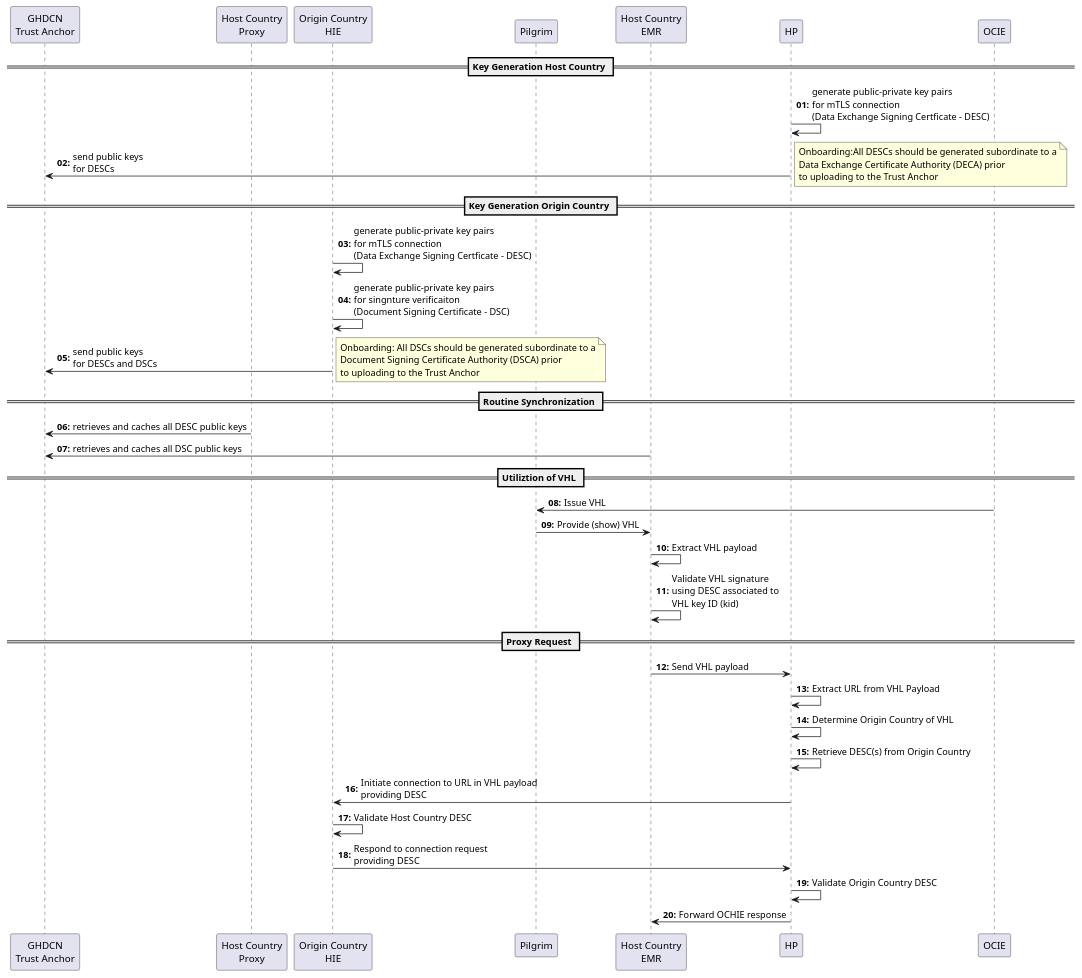
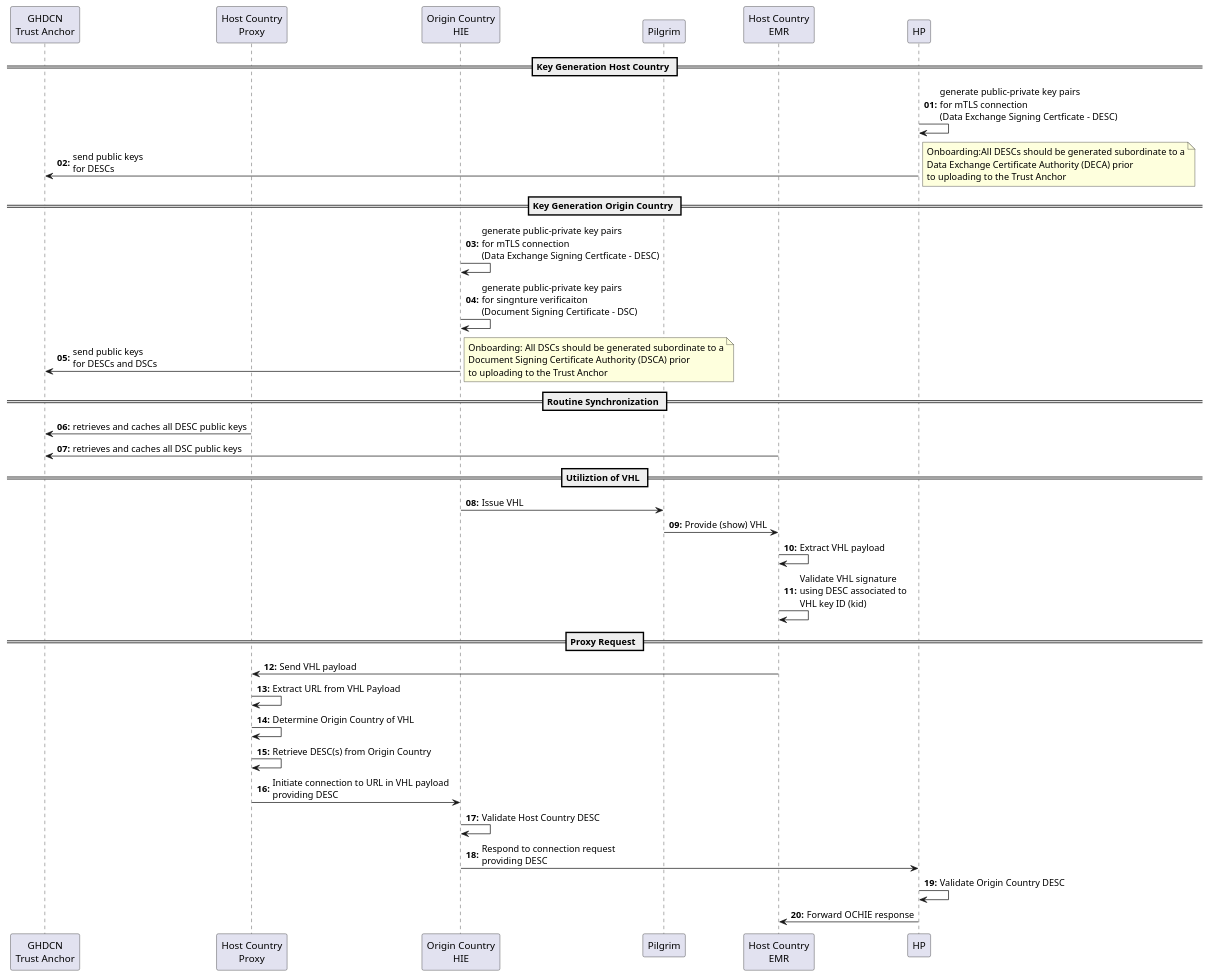
The diagram in input/images-source/initiate_secure_connection.plantuml (mtavhel-tsch/smart-ips-pilgrimage), drawn with PlantUML before and after one commit.

Commit message:
fix typos in DESC sequence

```diff
--- a/input/images-source/initiate_secure_connection.plantuml
+++ b/input/images-source/initiate_secure_connection.plantuml
@@ -1,72 +1,72 @@
 @startuml
 
 
 
 
 participant "Origin Country\nHIE" as OCHIE
 participant "GHDCN\nTrust Anchor" as TA
 participant "Host Country\nProxy" as HCP
 participant "Origin Country\nHIE" as OCHIE
 participant "Pilgrim" as P
 
 participant "Host Country\nEMR" as HCEMR
 
 
 
 autonumber "<b>00:</b>"
 
 
 
 == Key Generation Host Country ==
 HP -> HP : generate public-private key pairs\nfor mTLS connection\n(Data Exchange Signing Certficate - DESC)
 HP  -> TA: send public keys\nfor DESCs
 
 
 note right
 	Onboarding:All DESCs should be generated subordinate to a
 	Data Exchange Certificate Authority (DECA) prior
 	to uploading to the Trust Anchor
 end note
 
 
 == Key Generation Origin Country ==
 OCHIE -> OCHIE : generate public-private key pairs\nfor mTLS connection\n(Data Exchange Signing Certficate - DESC)
 OCHIE -> OCHIE : generate public-private key pairs\nfor singnture verificaiton\n(Document Signing Certificate - DSC)
 OCHIE -> TA: send public keys\nfor DESCs and DSCs
 
 
 note right
 	Onboarding: All DSCs should be generated subordinate to a
 	Document Signing Certificate Authority (DSCA) prior
 	to uploading to the Trust Anchor
 end note
 
 
 == Routine Synchronization ==
   HCP -> TA : retrieves and caches all DESC public keys
   HCEMR -> TA : retrieves and caches all DSC public keys
 
 
 
 == Utiliztion of VHL ==
 
-OCIE -> P : Issue VHL
+OCHIE -> P : Issue VHL
 P -> HCEMR : Provide (show) VHL
 HCEMR -> HCEMR : Extract VHL payload
 HCEMR -> HCEMR : Validate VHL signature\nusing DESC associated to\nVHL key ID (kid)
 
 
 == Proxy Request ==
 
-HCEMR -> HP : Send VHL payload
-HP -> HP : Extract URL from VHL Payload
-HP -> HP : Determine Origin Country of VHL
-HP -> HP : Retrieve DESC(s) from Origin Country
-HP -> OCHIE : Initiate connection to URL in VHL payload\nproviding DESC
+HCEMR -> HCP : Send VHL payload
+HCP -> HCP : Extract URL from VHL Payload
+HCP -> HCP : Determine Origin Country of VHL
+HCP -> HCP : Retrieve DESC(s) from Origin Country
+HCP -> OCHIE : Initiate connection to URL in VHL payload\nproviding DESC
 OCHIE -> OCHIE : Validate Host Country DESC
 OCHIE -> HP : Respond to connection request\nproviding DESC
 HP -> HP : Validate Origin Country DESC
 HP -> HCEMR : Forward OCHIE response
 
 
 @enduml
```
